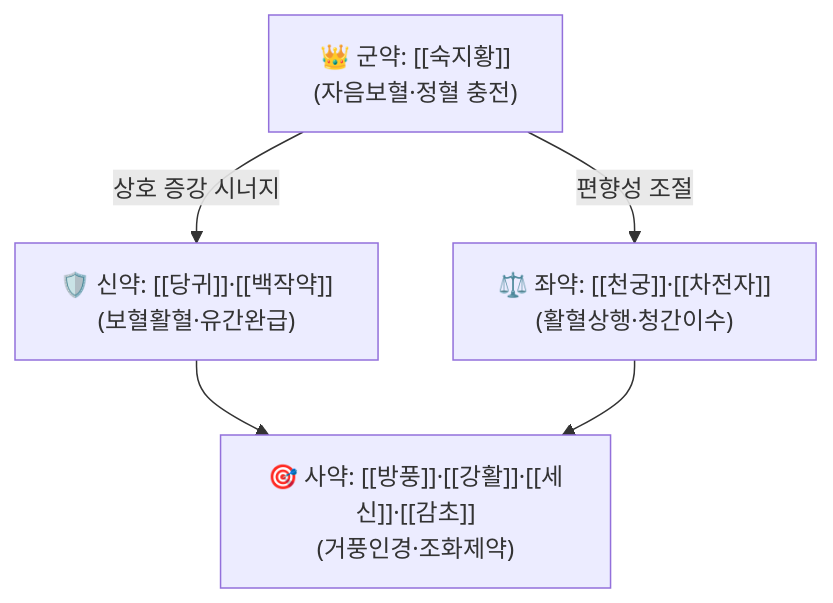
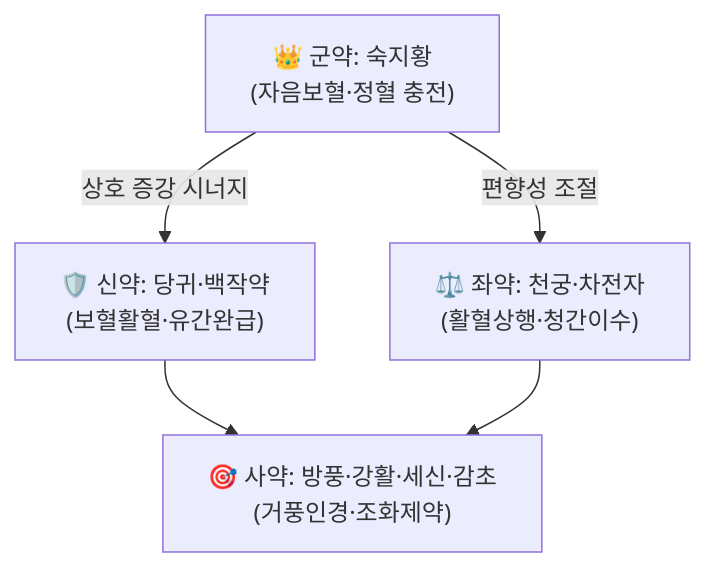
The diagram in content/2. 약리 공부/처방/02_보익제/보간환.md (simbio11/simbio-digital-garden2), drawn with Mermaid before and after one commit. The commit also changed other lines of this file and 323 other files, not shown here.

````diff
--- a/content/2. 약리 공부/처방/02_보익제/보간환.md
+++ b/content/2. 약리 공부/처방/02_보익제/보간환.md
@@ -57,7 +57,7 @@
 ```mermaid
 graph TD
-    Gun["👑 군약: [[숙지황]]<br>(자음보혈·정혈 충전)"] -->|상호 증강 시너지| Sin["🛡️ 신약: [[당귀]]·[[백작약]]<br>(보혈활혈·유간완급)"]
-    Gun -->|편향성 조절| Jwa["⚖️ 좌약: [[천궁]]·[[차전자]]<br>(활혈상행·청간이수)"]
-    Sin --> Sa["🎯 사약: [[방풍]]·[[강활]]·[[세신]]·[[감초]]<br>(거풍인경·조화제약)"]
+    Gun["👑 군약: 숙지황<br>(자음보혈·정혈 충전)"] -->|상호 증강 시너지| Sin["🛡️ 신약: 당귀·백작약<br>(보혈활혈·유간완급)"]
+    Gun -->|편향성 조절| Jwa["⚖️ 좌약: 천궁·차전자<br>(활혈상행·청간이수)"]
+    Sin --> Sa["🎯 사약: 방풍·강활·세신·감초<br>(거풍인경·조화제약)"]
     Jwa --> Sa
 ```
````
